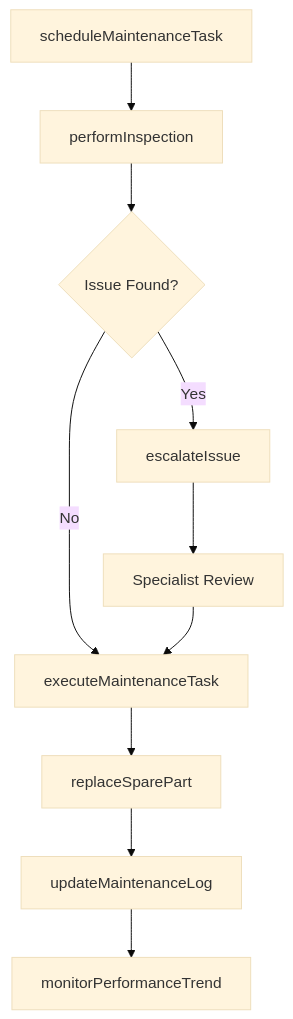
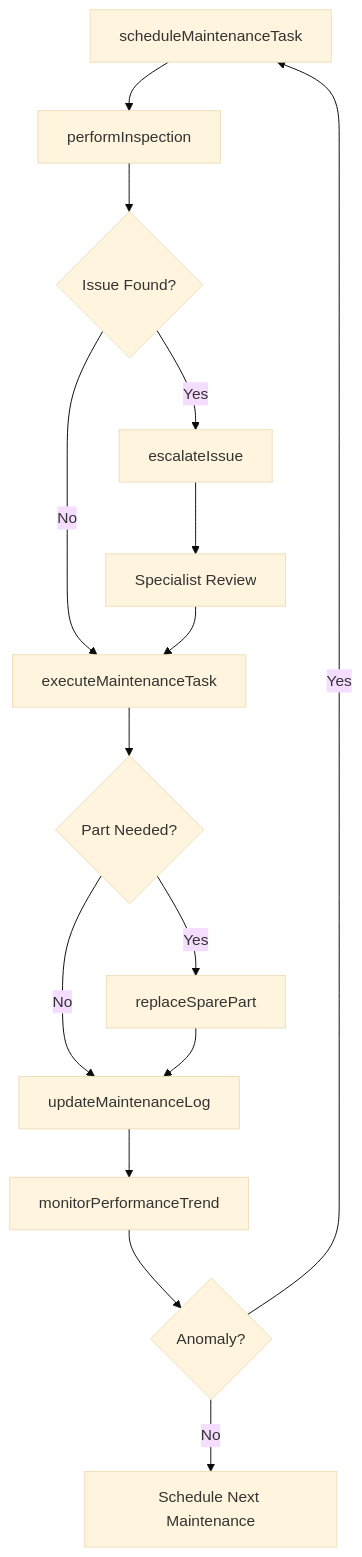
One commit to dot-org-ai/tasks.org.ai changed the third of 4 diagrams in RepairingAndMaintainingMechanicalEquipment/MaintainFacilitiesOrEquipment/PerformBasicEquipmentMaintenance.mdx. Above: the diagram before and after it, drawn with Mermaid (base theme). The commit also changed other lines of this file and 504 other files, not shown here.

First line of the commit message:
feat: Add ER diagrams, state diagrams, and workflow improvements to 96 DWA task files

````diff
--- a/RepairingAndMaintainingMechanicalEquipment/MaintainFacilitiesOrEquipment/PerformBasicEquipmentMaintenance.mdx
+++ b/RepairingAndMaintainingMechanicalEquipment/MaintainFacilitiesOrEquipment/PerformBasicEquipmentMaintenance.mdx
@@ -86,12 +119,17 @@
 ```mermaid
 graph TD
     A[scheduleMaintenanceTask] --> B[performInspection]
     B --> C{Issue Found?}
     C -->|No| D[executeMaintenanceTask]
     C -->|Yes| E[escalateIssue]
-    D --> F[replaceSparePart]
-    F --> G[updateMaintenanceLog]
-    G --> H[monitorPerformanceTrend]
-    E --> I[Specialist Review]
-    I --> D
+    D --> F{Part Needed?}
+    F -->|Yes| G[replaceSparePart]
+    F -->|No| H[updateMaintenanceLog]
+    G --> H
+    H --> I[monitorPerformanceTrend]
+    I --> J{Anomaly?}
+    J -->|Yes| A
+    J -->|No| K[Schedule Next Maintenance]
+    E --> L[Specialist Review]
+    L --> D
 ```
````
